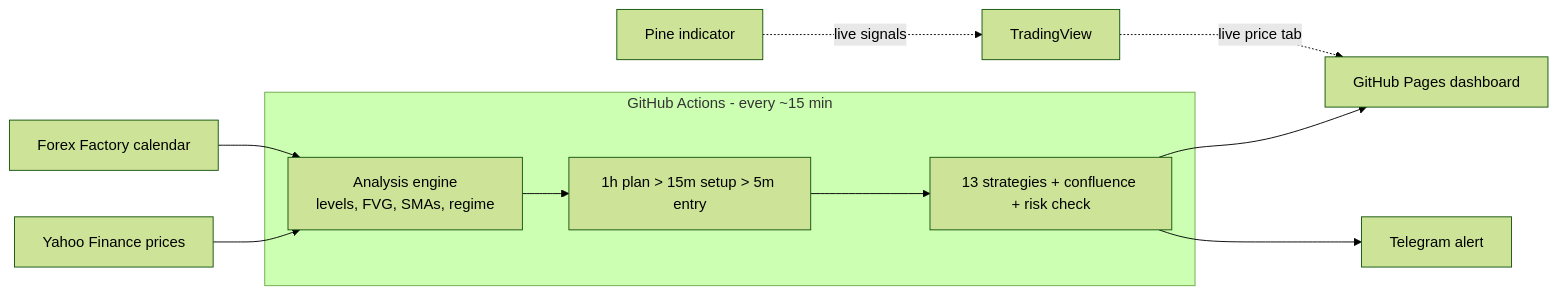
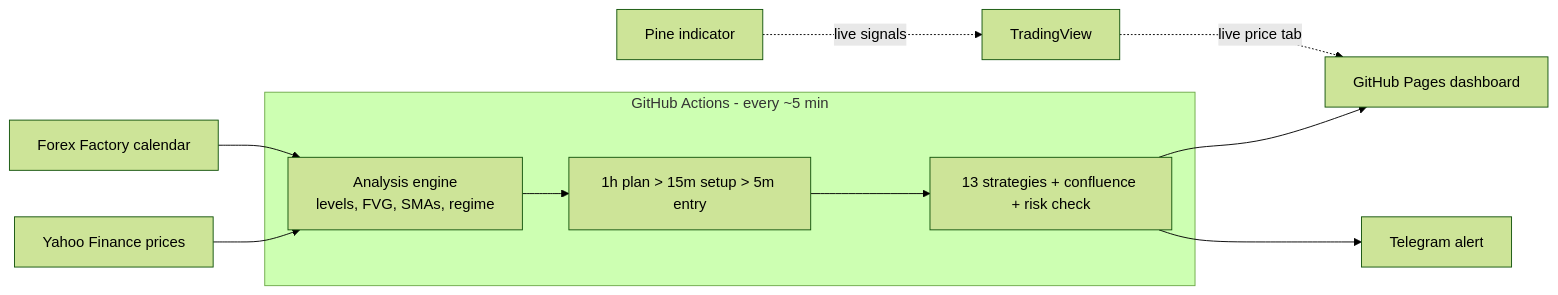
One commit to luciferalive/FX-Signal-Desk changed the diagram in README.md. Above: the diagram before and after it, drawn with Mermaid (forest theme). The commit also changed other lines of this file and 3 other files, not shown here.

````diff
--- a/README.md
+++ b/README.md
@@ -116,13 +116,13 @@
 ```mermaid
 flowchart LR
     Y[Yahoo Finance prices] --> A
     F[Forex Factory calendar] --> A
-    subgraph GH[GitHub Actions - every ~15 min]
+    subgraph GH[GitHub Actions - every ~5 min]
         A[Analysis engine<br/>levels, FVG, SMAs, regime] --> W[1h plan > 15m setup > 5m entry]
         W --> S[13 strategies + confluence + risk check]
     end
     S --> D[GitHub Pages dashboard]
     S --> T[Telegram alert]
     TV[TradingView] -. live price tab .-> D
     P[Pine indicator] -. live signals .-> TV
 ```
````
